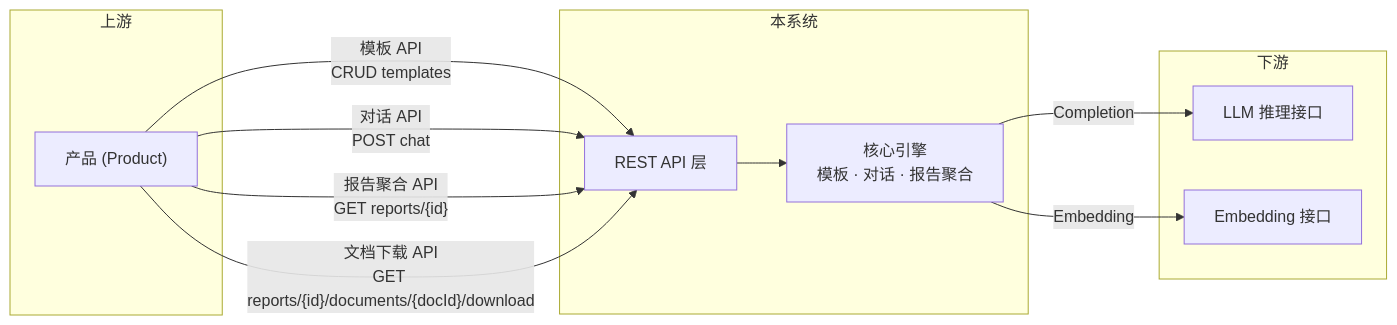
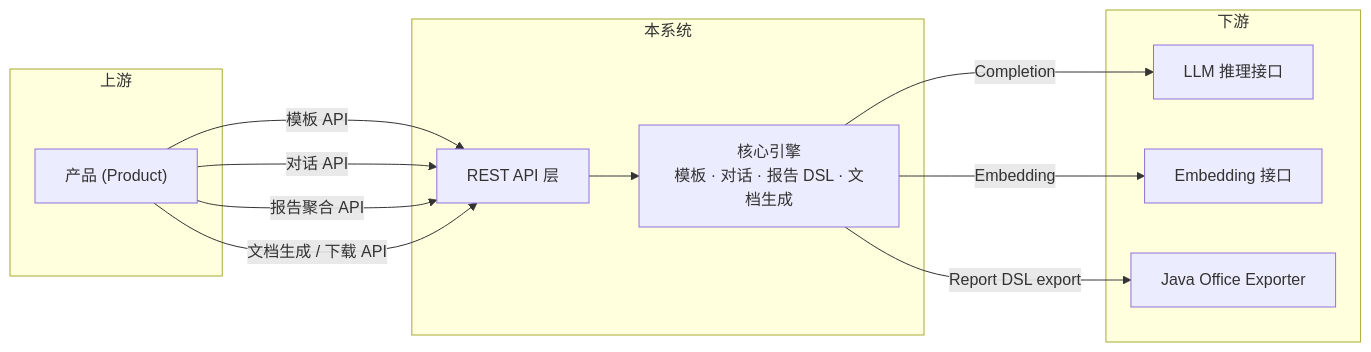
Before and after one commit to shel447/ReportSystem: the first of 3 diagrams in design/design.md, drawn with Mermaid. The commit also changed other lines of this file and 21 other files, not shown here.

First line of the commit message:
refresh report dsl and chatbi design docs

````diff
--- a/design/design.md
+++ b/design/design.md
@@ -31,25 +32,27 @@
 ```mermaid
 graph LR
     subgraph 上游
         P["产品 (Product)"]
     end
 
     subgraph 本系统
         API["REST API 层"]
-        Core["核心引擎<br/>模板 · 对话 · 报告聚合"]
+        Core["核心引擎<br/>模板 · 对话 · 报告 DSL · 文档生成"]
     end
 
     subgraph 下游
         LLM["LLM 推理接口"]
         EMB["Embedding 接口"]
+        EXP["Java Office Exporter"]
     end
 
-    P -- "模板 API<br/>CRUD templates" --> API
-    P -- "对话 API<br/>POST chat" --> API
-    P -- "报告聚合 API<br/>GET reports/{id}" --> API
-    P -- "文档下载 API<br/>GET reports/{id}/documents/{docId}/download" --> API
+    P -- "模板 API" --> API
+    P -- "对话 API" --> API
+    P -- "报告聚合 API" --> API
+    P -- "文档生成 / 下载 API" --> API
 
     API --> Core
     Core -- "Completion" --> LLM
     Core -- "Embedding" --> EMB
+    Core -- "Report DSL export" --> EXP
 ```
````
